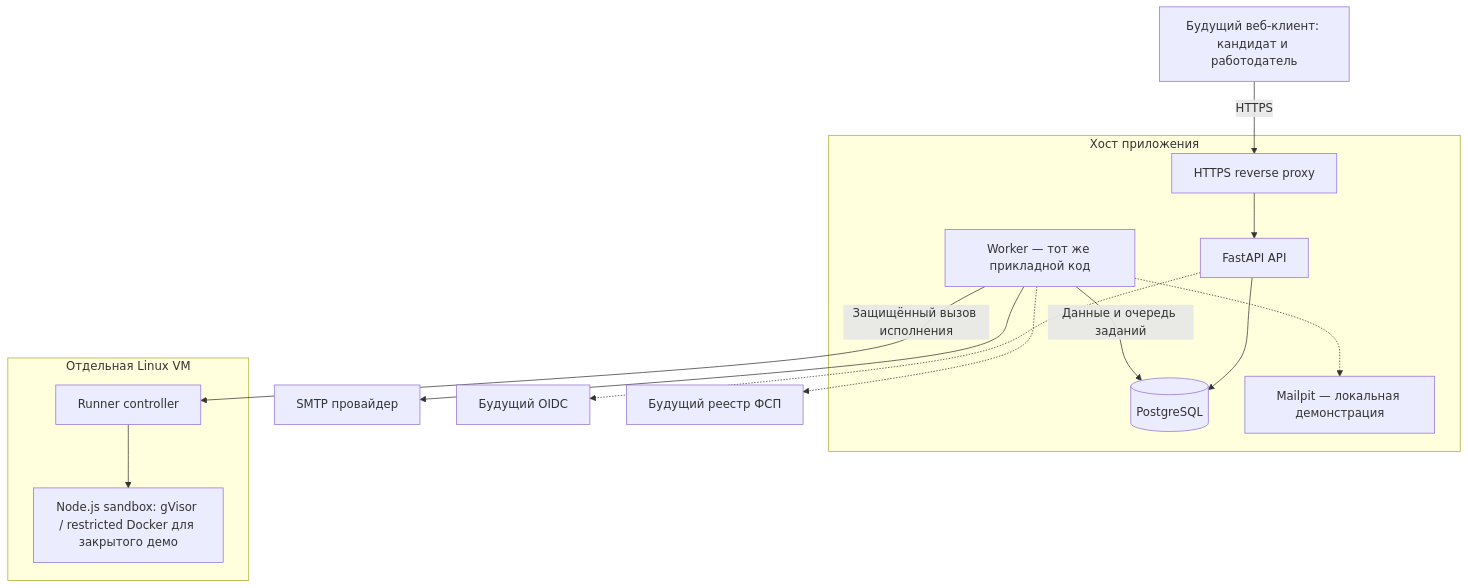
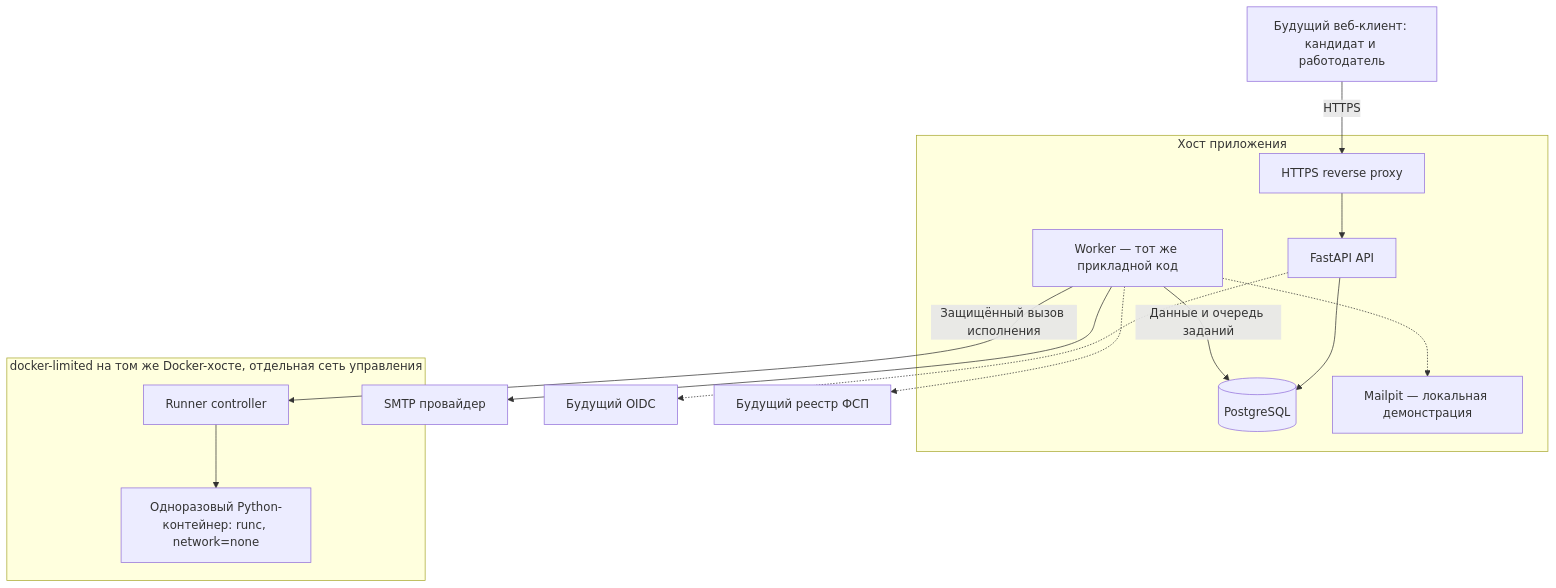
Before and after one commit to Lexxar91/aggratech-: the second of 3 diagrams in docs/05_architecture.md, drawn with Mermaid. The commit also changed other lines of this file and 91 other files, not shown here.

````diff
--- a/docs/05_architecture.md
+++ b/docs/05_architecture.md
@@ -272,32 +292,32 @@
 ```mermaid
 flowchart TB
     Web["Будущий веб-клиент: кандидат и работодатель"]
 
     subgraph AppHost["Хост приложения"]
         Proxy["HTTPS reverse proxy"]
         API["FastAPI API"]
         Worker["Worker — тот же прикладной код"]
         DB[("PostgreSQL")]
         Mailpit["Mailpit — локальная демонстрация"]
     end
 
-    subgraph RunnerHost["Отдельная Linux VM"]
+    subgraph RunnerHost["docker-limited на том же Docker-хосте, отдельная сеть управления"]
         Controller["Runner controller"]
-        Sandbox["Node.js sandbox: gVisor / restricted Docker для закрытого демо"]
+        Sandbox["Одноразовый Python-контейнер: runc, network=none"]
     end
 
     SMTP["SMTP провайдер"]
     OIDC["Будущий OIDC"]
     FSP["Будущий реестр ФСП"]
 
     Web -->|"HTTPS"| Proxy
     Proxy --> API
     API --> DB
     Worker -->|"Данные и очередь заданий"| DB
     Worker -->|"Защищённый вызов исполнения"| Controller
     Controller --> Sandbox
     Worker --> SMTP
     Worker -.-> Mailpit
     API -.-> OIDC
     Worker -.-> FSP
 ```
````
